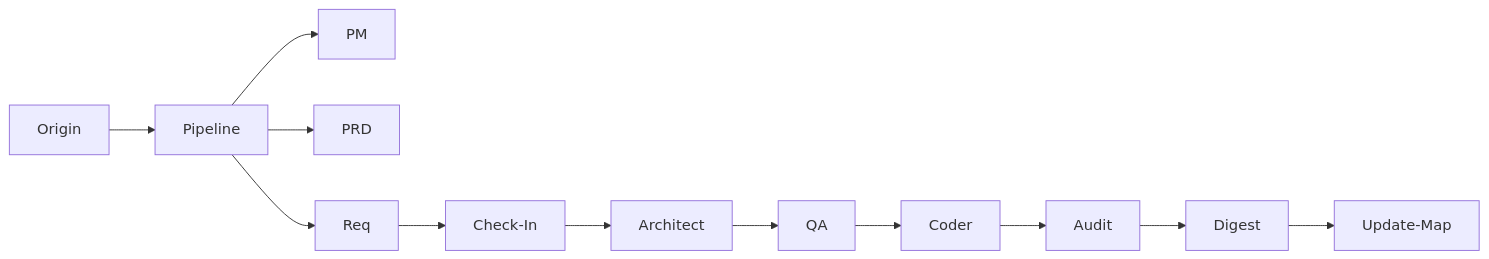
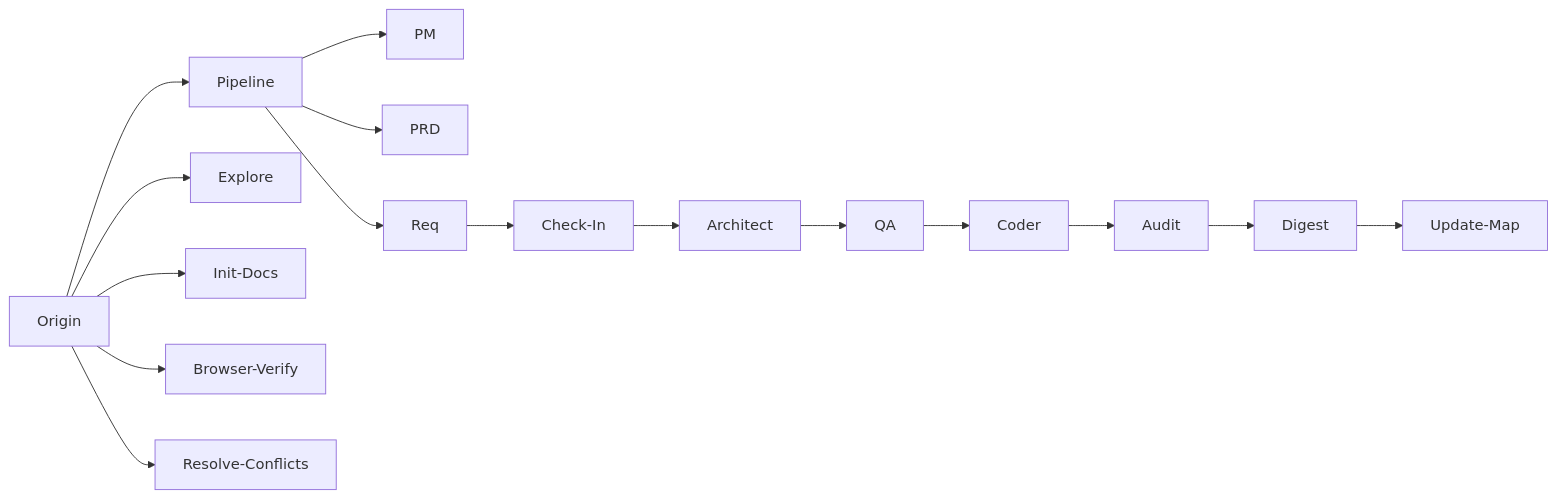
Before and after one commit to CryptoLinxu/Web3-AI-Agent: the sixth of 6 diagrams in .qoder/repowiki/zh/content/核心技能详解/核心技能详解.md, drawn with Mermaid. The commit also changed other lines of this file and 15 other files, not shown here.

````diff
--- a/.qoder/repowiki/zh/content/核心技能详解/核心技能详解.md
+++ b/.qoder/repowiki/zh/content/核心技能详解/核心技能详解.md
@@ -323,14 +393,18 @@
 ```mermaid
 graph LR
 OR["Origin"] --> PL["Pipeline"]
 PL --> PM["PM"]
 PL --> PRD["PRD"]
 PL --> REQ["Req"]
 REQ --> CI["Check-In"]
 CI --> AR["Architect"]
 AR --> QA["QA"]
 QA --> CD["Coder"]
 CD --> AU["Audit"]
 AU --> DG["Digest"]
 DG --> UM["Update-Map"]
+OR --> EX["Explore"]
+OR --> ID["Init-Docs"]
+OR --> BV["Browser-Verify"]
+OR --> RC["Resolve-Conflicts"]
 ```
````
